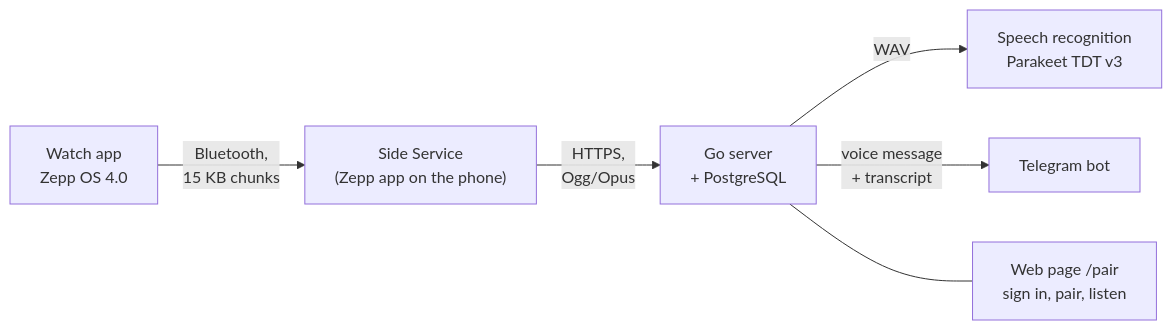
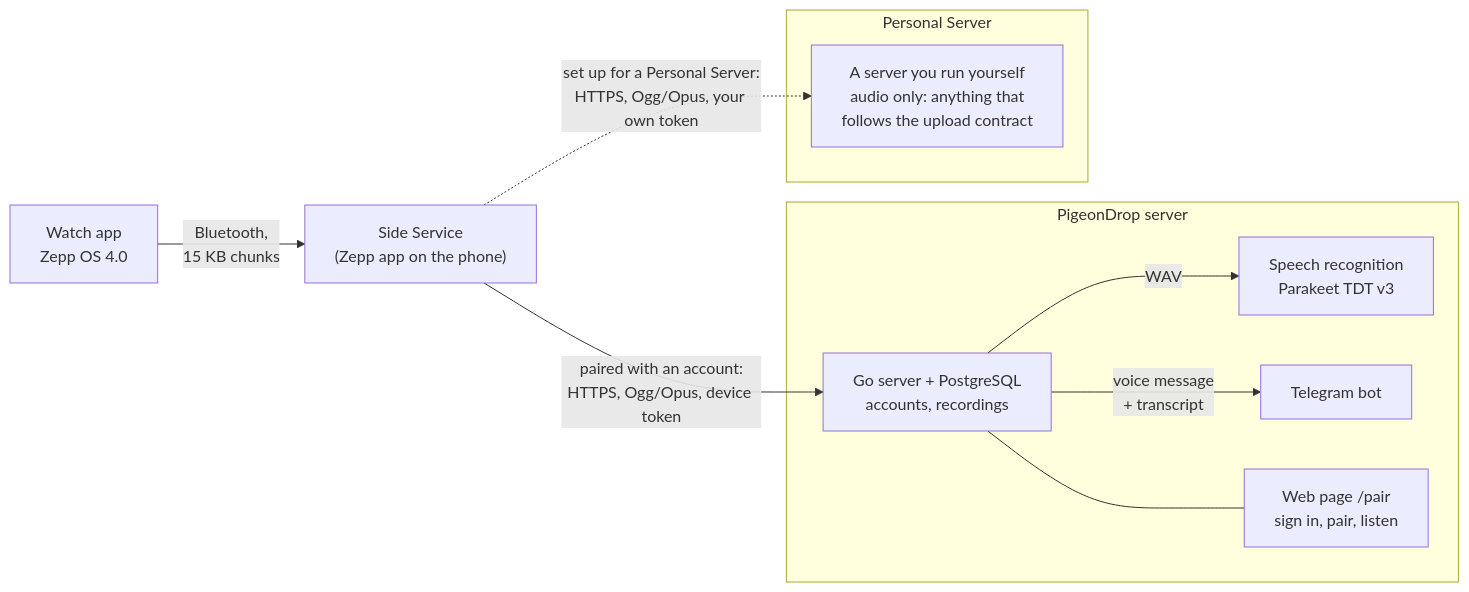
The diagram in README.md (ArturSharafutdinov/PigeonDrop), drawn with Mermaid before and after one commit. The commit also changed other lines of this file and 2 other files, not shown here.

First line of the commit message:
README: show that the audio can go straight to a server of your own

````diff
--- a/README.md
+++ b/README.md
@@ -23,8 +23,21 @@
 ```mermaid
 flowchart LR
     W["Watch app<br/>Zepp OS 4.0"] -- "Bluetooth,<br/>15 KB chunks" --> P["Side Service<br/>(Zepp app on the phone)"]
-    P -- "HTTPS,<br/>Ogg/Opus" --> S["Go server<br/>+ PostgreSQL"]
-    S -- "WAV" --> T["Speech recognition<br/>Parakeet TDT v3"]
-    S -- "voice message<br/>+ transcript" --> G["Telegram bot"]
-    S --- U["Web page /pair<br/>sign in, pair, listen"]
+
+    subgraph SVC ["PigeonDrop server"]
+        S["Go server + PostgreSQL<br/>accounts, recordings"]
+        T["Speech recognition<br/>Parakeet TDT v3"]
+        G["Telegram bot"]
+        U["Web page /pair<br/>sign in, pair, listen"]
+        S -- "WAV" --> T
+        S -- "voice message<br/>+ transcript" --> G
+        S --- U
+    end
+
+    subgraph OWN ["Personal Server"]
+        O["A server you run yourself<br/>audio only: anything that<br/>follows the upload contract"]
+    end
+
+    P -- "paired with an account:<br/>HTTPS, Ogg/Opus, device token" --> S
+    P -. "set up for a Personal Server:<br/>HTTPS, Ogg/Opus, your own token" .-> O
 ```
````
